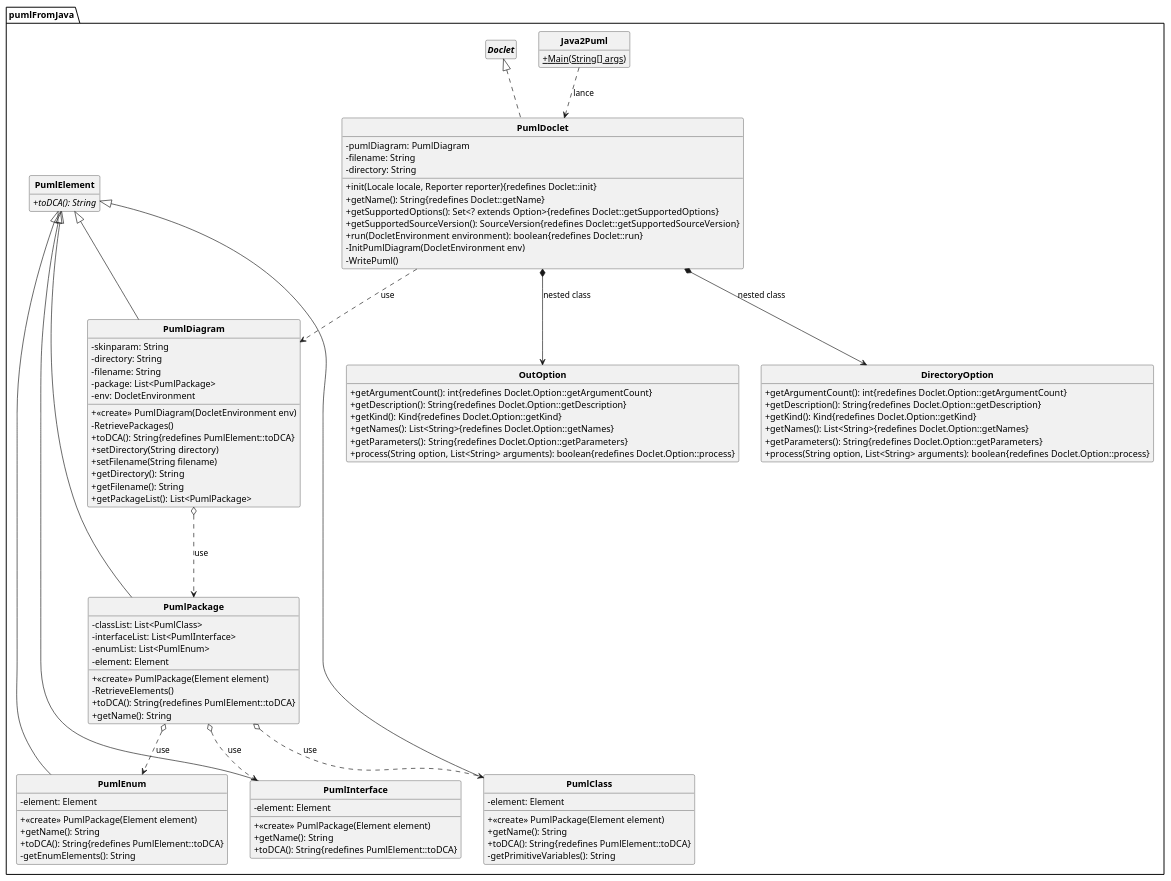
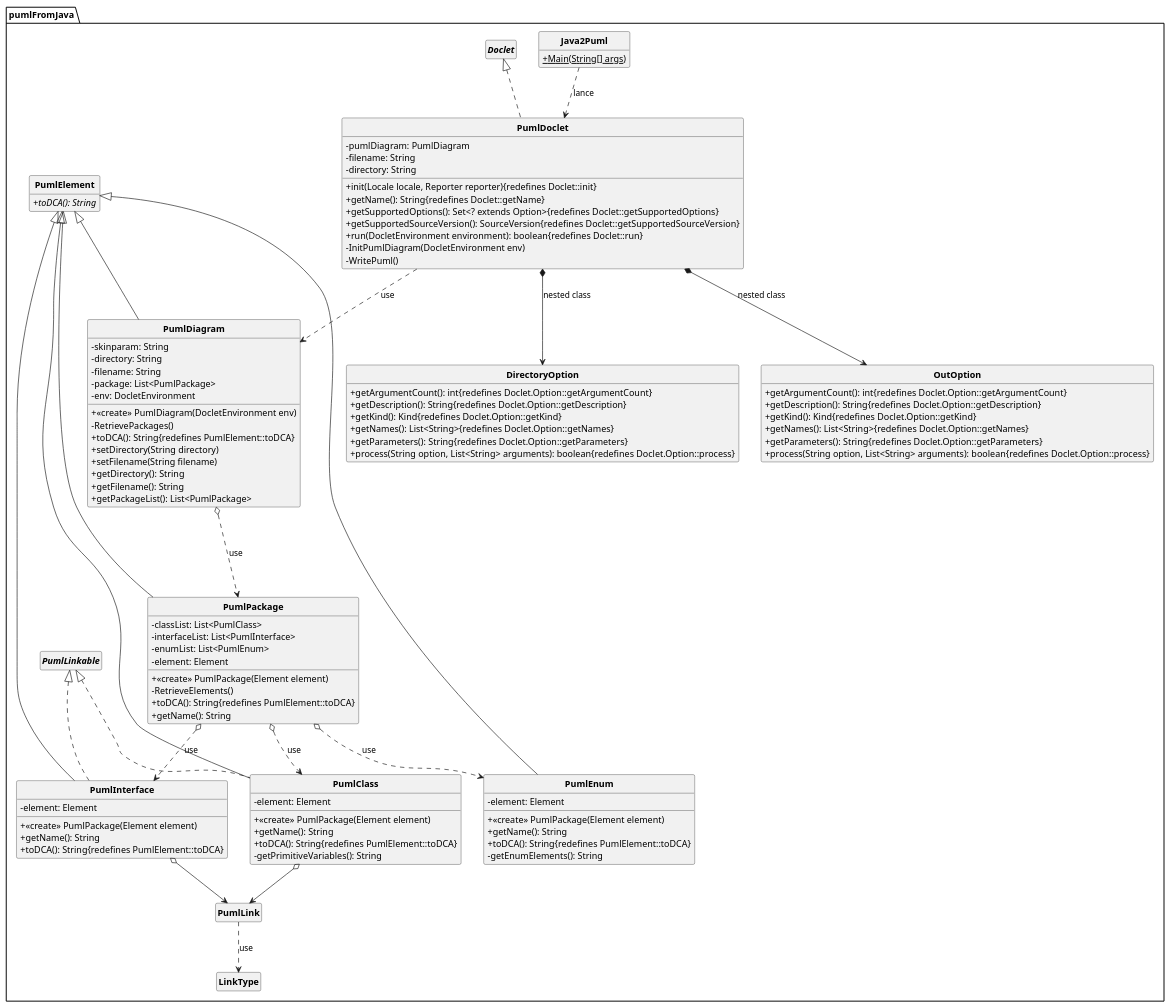
One commit to Lykomonix/API-JAVAtoPUML changed the diagram in uml/DCC API.puml. Above: the diagram before and after it, drawn with PlantUML. The commit also changed 1 other file, not shown here.

```diff
--- a/uml/DCC API.puml
+++ b/uml/DCC API.puml
@@ -1,122 +1,130 @@
 @startuml
 
 skinparam style strictuml
 skinparam classAttributeIconSize 0
 skinparam classFontStyle Bold
 hide empty members
 
 Package "pumlFromJava" {
 
 class Java2Puml
 {
     + {static} Main(String[] args)
 }
 
 class PumlDoclet implements Doclet
 {
     -pumlDiagram: PumlDiagram
     -filename: String
     -directory: String
     + init(Locale locale, Reporter reporter){redefines Doclet::init}
     + getName(): String{redefines Doclet::getName}
     + getSupportedOptions(): Set<? extends Option>{redefines Doclet::getSupportedOptions}
     + getSupportedSourceVersion(): SourceVersion{redefines Doclet::getSupportedSourceVersion}
     + run(DocletEnvironment environment): boolean{redefines Doclet::run}
     - InitPumlDiagram(DocletEnvironment env)
     - WritePuml()
 }
 
 class OutOption implements Doclet.Option
 {
     + getArgumentCount(): int{redefines Doclet.Option::getArgumentCount}
     + getDescription(): String{redefines Doclet.Option::getDescription}
     + getKind(): Kind{redefines Doclet.Option::getKind}
     + getNames(): List<String>{redefines Doclet.Option::getNames}
     + getParameters(): String{redefines Doclet.Option::getParameters}
     + process(String option, List<String> arguments): boolean{redefines Doclet.Option::process}
 }
 
 class DirectoryOption implements Doclet.Option
 {
     + getArgumentCount(): int{redefines Doclet.Option::getArgumentCount}
     + getDescription(): String{redefines Doclet.Option::getDescription}
     + getKind(): Kind{redefines Doclet.Option::getKind}
     + getNames(): List<String>{redefines Doclet.Option::getNames}
     + getParameters(): String{redefines Doclet.Option::getParameters}
     + process(String option, List<String> arguments): boolean{redefines Doclet.Option::process}
 
 }
 
 class PumlElement
 {
     +toDCA(): String{abstract}
 }
 
 class PumlDiagram extends PumlElement
 {
     - skinparam: String
     - directory: String
     - filename: String
     - package: List<PumlPackage>
     - env: DocletEnvironment
     + <<create>> PumlDiagram(DocletEnvironment env)
     - RetrievePackages()
     + toDCA(): String{redefines PumlElement::toDCA}
     + setDirectory(String directory)
     + setFilename(String filename)
     + getDirectory(): String
     + getFilename(): String
     + getPackageList(): List<PumlPackage>
 }
 
 class PumlPackage extends PumlElement
 {
     - classList: List<PumlClass>
     - interfaceList: List<PumlInterface>
     - enumList: List<PumlEnum>
     - element: Element
     + <<create>> PumlPackage(Element element)
     - RetrieveElements()
     + toDCA(): String{redefines PumlElement::toDCA}
     + getName(): String
 }
 
-class PumlClass extends PumlElement
+class PumlClass extends PumlElement implements PumlLinkable
 {
     - element: Element
     + <<create>> PumlPackage(Element element)
     + getName(): String
     + toDCA(): String{redefines PumlElement::toDCA}
     - getPrimitiveVariables(): String
 }
 
 class PumlEnum extends PumlElement
 {
     - element: Element
     + <<create>> PumlPackage(Element element)
     + getName(): String
     + toDCA(): String{redefines PumlElement::toDCA}
     - getEnumElements(): String
 }
 
-class PumlInterface extends PumlElement
+class PumlInterface extends PumlElement implements PumlLinkable
 {
     - element: Element
     + <<create>> PumlPackage(Element element)
     + getName(): String
     + toDCA(): String{redefines PumlElement::toDCA}
 }
 
+class PumlLink
+
+Interface PumlLinkable
+
+enum LinkType
 
 
 PumlDoclet ..> PumlDiagram : use
 Java2Puml ..> PumlDoclet : lance
 PumlDiagram o...> PumlPackage : use
 PumlPackage o..> PumlClass : use
 PumlPackage o..> PumlInterface : use
 PumlPackage o..> PumlEnum : use
 PumlDoclet *--> OutOption : nested class
 PumlDoclet *--> DirectoryOption : nested class
+PumlLink ..> LinkType : use
+PumlInterface o--> PumlLink
+PumlClass o--> PumlLink
 }
 
 @enduml
```
